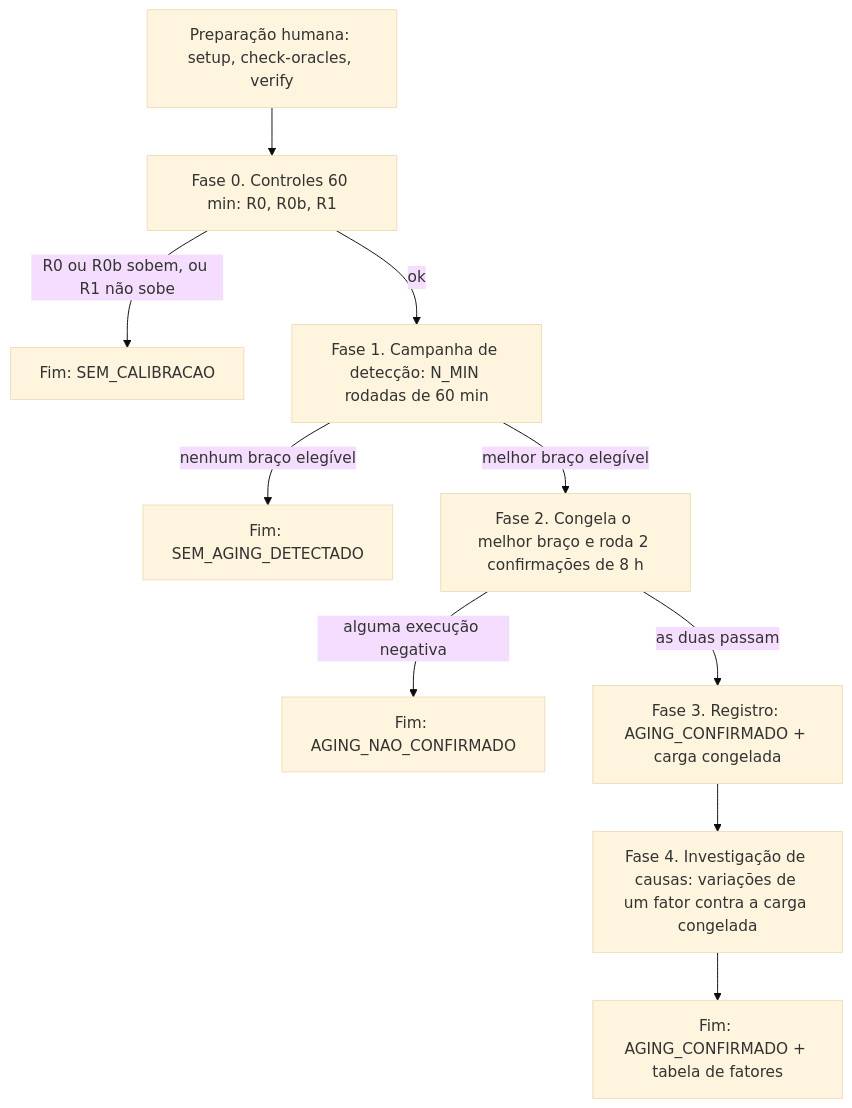
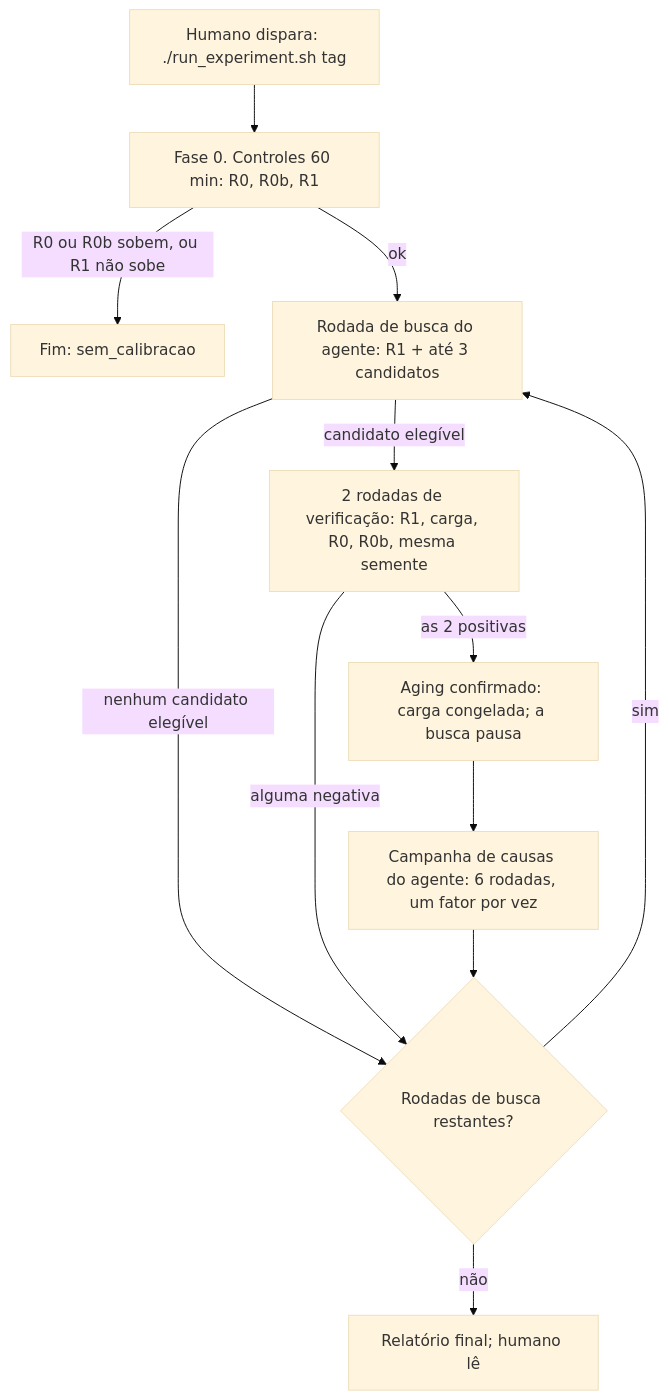
One commit to karpathy/autoresearch changed the diagram in docs/DESENHO-EXPERIMENTAL.md. Above: the diagram before and after it, drawn with Mermaid (base theme). The commit also changed other lines of this file and 19 other files, not shown here.

First line of the commit message:
Orquestrador: experimento completo sem humano no meio

````diff
--- a/docs/DESENHO-EXPERIMENTAL.md
+++ b/docs/DESENHO-EXPERIMENTAL.md
@@ -56,12 +58,14 @@
 ```mermaid
 flowchart TD
-    P[Preparação humana: setup, check-oracles, verify] --> A
-    A[Fase 0. Controles 60 min: R0, R0b, R1] -- R0 ou R0b sobem, ou R1 não sobe --> X0[Fim: SEM_CALIBRACAO]
-    A -- ok --> B[Fase 1. Campanha de detecção: N_MIN rodadas de 60 min]
-    B -- nenhum braço elegível --> X1[Fim: SEM_AGING_DETECTADO]
-    B -- melhor braço elegível --> C[Fase 2. Congela o melhor braço e roda 2 confirmações de 8 h]
-    C -- alguma execução negativa --> X2[Fim: AGING_NAO_CONFIRMADO]
-    C -- as duas passam --> D[Fase 3. Registro: AGING_CONFIRMADO + carga congelada]
-    D --> E[Fase 4. Investigação de causas: variações de um fator contra a carga congelada]
-    E --> F[Fim: AGING_CONFIRMADO + tabela de fatores]
+    H[Humano dispara: ./run_experiment.sh tag] --> A
+    A[Fase 0. Controles 60 min: R0, R0b, R1] -- R0 ou R0b sobem, ou R1 não sobe --> X0[Fim: sem_calibracao]
+    A -- ok --> B[Rodada de busca do agente: R1 + até 3 candidatos]
+    B -- nenhum candidato elegível --> N{Rodadas de busca restantes?}
+    B -- candidato elegível --> V[2 rodadas de verificação: R1, carga, R0, R0b, mesma semente]
+    V -- alguma negativa --> N
+    V -- as 2 positivas --> C[Aging confirmado: carga congelada; a busca pausa]
+    C --> K[Campanha de causas do agente: 6 rodadas, um fator por vez]
+    K --> N
+    N -- sim --> B
+    N -- não --> R[Relatório final; humano lê]
 ```
````
